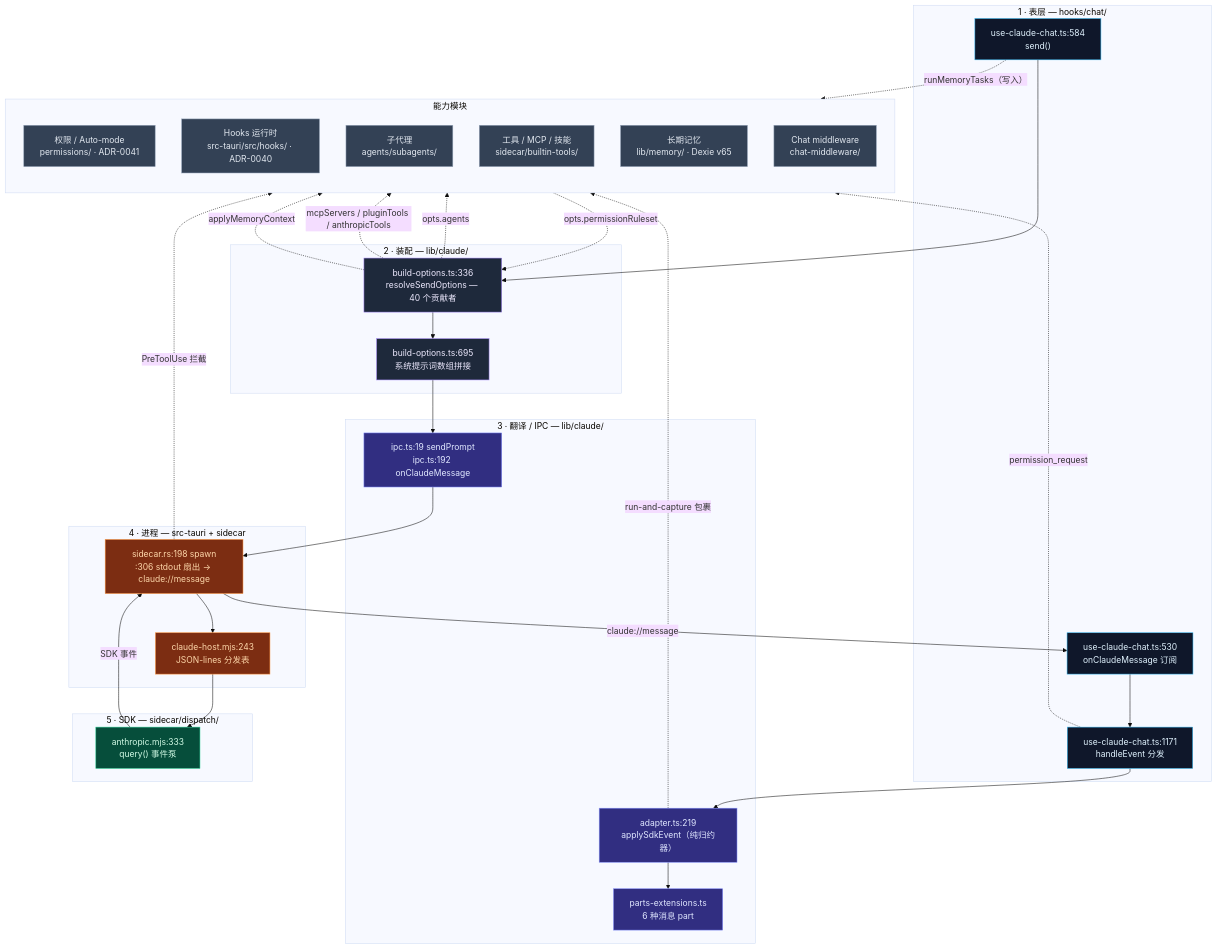
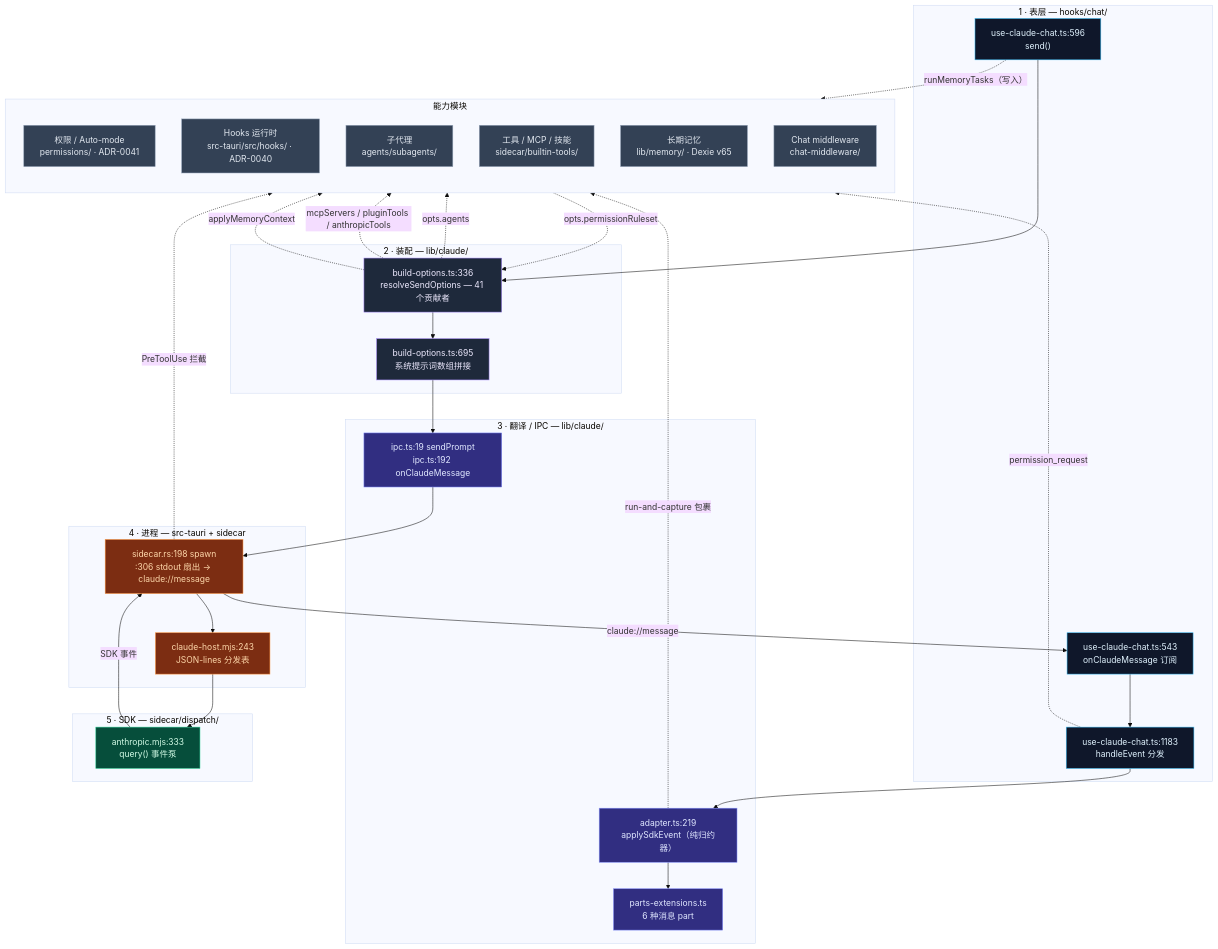
The first of 2 diagrams in docs/content/docs/zh/chat/built-in-agent/index.mdx (MaxQian888/cognia-next), drawn with Mermaid (base theme) before and after one commit. The commit also changed other lines of this file and 17 other files, not shown here.

````diff
--- a/docs/content/docs/zh/chat/built-in-agent/index.mdx
+++ b/docs/content/docs/zh/chat/built-in-agent/index.mdx
@@ -42,64 +42,64 @@
 ```mermaid
 flowchart TB
   subgraph SURFACE["1 · 表层 — hooks/chat/"]
-    SEND["use-claude-chat.ts:584<br/>send()"]
-    SUBS["use-claude-chat.ts:530<br/>onClaudeMessage 订阅"]
-    HANDLE["use-claude-chat.ts:1171<br/>handleEvent 分发"]
+    SEND["use-claude-chat.ts:596<br/>send()"]
+    SUBS["use-claude-chat.ts:543<br/>onClaudeMessage 订阅"]
+    HANDLE["use-claude-chat.ts:1183<br/>handleEvent 分发"]
   end
 
   subgraph ASSEMBLY["2 · 装配 — lib/claude/"]
-    BUILD["build-options.ts:336<br/>resolveSendOptions — 40 个贡献者"]
+    BUILD["build-options.ts:336<br/>resolveSendOptions — 41 个贡献者"]
     SYS["build-options.ts:695<br/>系统提示词数组拼接"]
   end
 
   subgraph IPC["3 · 翻译 / IPC — lib/claude/"]
     IPCWRAP["ipc.ts:19 sendPrompt<br/>ipc.ts:192 onClaudeMessage"]
     ADAPT["adapter.ts:219<br/>applySdkEvent（纯归约器）"]
     PARTS["parts-extensions.ts<br/>6 种消息 part"]
   end
 
   subgraph PROCESS["4 · 进程 — src-tauri + sidecar"]
     RUST["sidecar.rs:198 spawn<br/>:306 stdout 扇出 → claude://message"]
     HOST["claude-host.mjs:243<br/>JSON-lines 分发表"]
   end
 
   subgraph SDK["5 · SDK — sidecar/dispatch/"]
     QUERY["anthropic.mjs:333<br/>query() 事件泵"]
   end
 
   subgraph MODULES["能力模块"]
     direction TB
     PERM["权限 / Auto-mode<br/>permissions/ · ADR-0041"]
     HOOKS["Hooks 运行时<br/>src-tauri/src/hooks/ · ADR-0040"]
     SUBAG["子代理<br/>agents/subagents/"]
     TOOLS["工具 / MCP / 技能<br/>sidecar/builtin-tools/"]
     MEM["长期记忆<br/>lib/memory/ · Dexie v65"]
     MID["Chat middleware<br/>chat-middleware/"]
   end
 
   SEND --> BUILD --> SYS --> IPCWRAP --> RUST --> HOST --> QUERY
   QUERY -- "SDK 事件" --> RUST -- "claude://message" --> SUBS --> HANDLE --> ADAPT
   ADAPT --> PARTS
 
   PERM -.->|"opts.permissionRuleset"| BUILD
   HANDLE -.->|"permission_request"| PERM
   RUST -.->|"PreToolUse 拦截"| HOOKS
   BUILD -.->|"opts.agents"| SUBAG
   BUILD -.->|"mcpServers / pluginTools / anthropicTools"| TOOLS
   BUILD -.->|"applyMemoryContext"| MEM
   SEND -.->|"runMemoryTasks（写入）"| MEM
   ADAPT -.->|"run-and-capture 包裹"| MID
 
   classDef surface fill:#0f172a,stroke:#38bdf8,color:#e0f2fe
   classDef assembly fill:#1e293b,stroke:#a78bfa,color:#ede9fe
   classDef ipc fill:#312e81,stroke:#818cf8,color:#e0e7ff
   classDef process fill:#7c2d12,stroke:#fb923c,color:#fed7aa
   classDef sdk fill:#064e3b,stroke:#34d399,color:#d1fae5
   classDef mod fill:#334155,stroke:#94a3b8,color:#e2e8f0
   class SEND,SUBS,HANDLE surface
   class BUILD,SYS assembly
   class IPCWRAP,ADAPT,PARTS ipc
   class RUST,HOST process
   class QUERY sdk
   class PERM,HOOKS,SUBAG,TOOLS,MEM,MID mod
 ```
````
